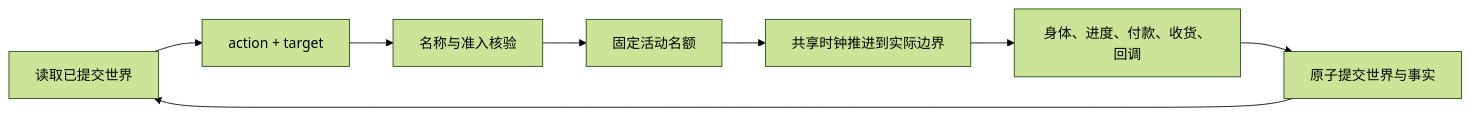
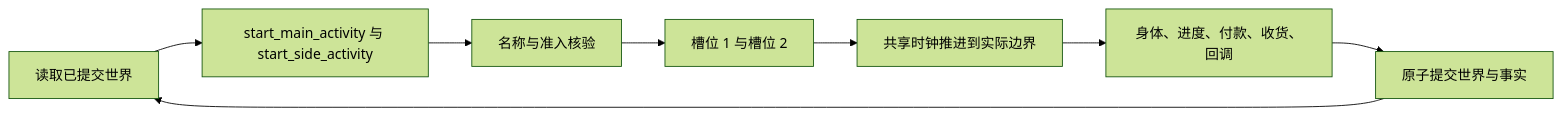
One commit to HoldThatThgt/WorldMock changed the first of 2 diagrams in docs/design/04-simulation-engine.md. Above: the diagram before and after it, drawn with Mermaid (forest theme). The commit also changed other lines of this file and 10 other files, not shown here.

First line of the commit message:
docs: describe the two start interfaces, slots and named location activities

````diff
--- a/docs/design/04-simulation-engine.md
+++ b/docs/design/04-simulation-engine.md
@@ -11,10 +11,10 @@
 ```mermaid
 flowchart LR
-    Observe[读取已提交世界] --> Request[action + target]
+    Observe[读取已提交世界] --> Request[start_main_activity 与 start_side_activity]
     Request --> Admission[名称与准入核验]
-    Admission --> Slots[固定活动名额]
+    Admission --> Slots[槽位 1 与槽位 2]
     Slots --> Advance[共享时钟推进到实际边界]
     Advance --> Settle[身体、进度、付款、收货、回调]
     Settle --> Commit[原子提交世界与事实]
     Commit --> Observe
 ```
````
